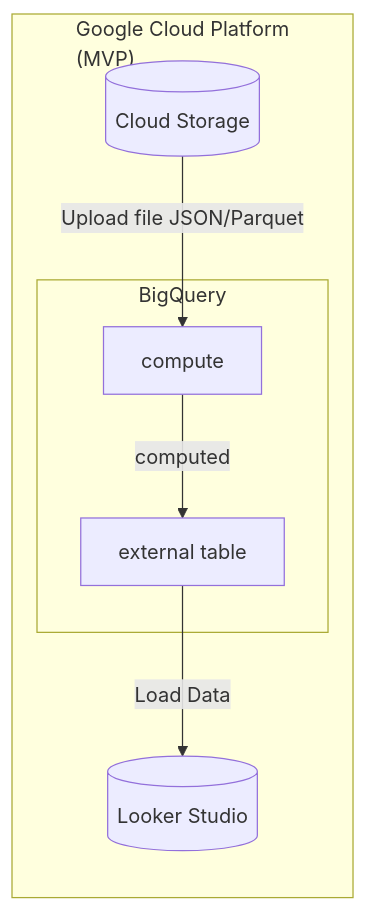
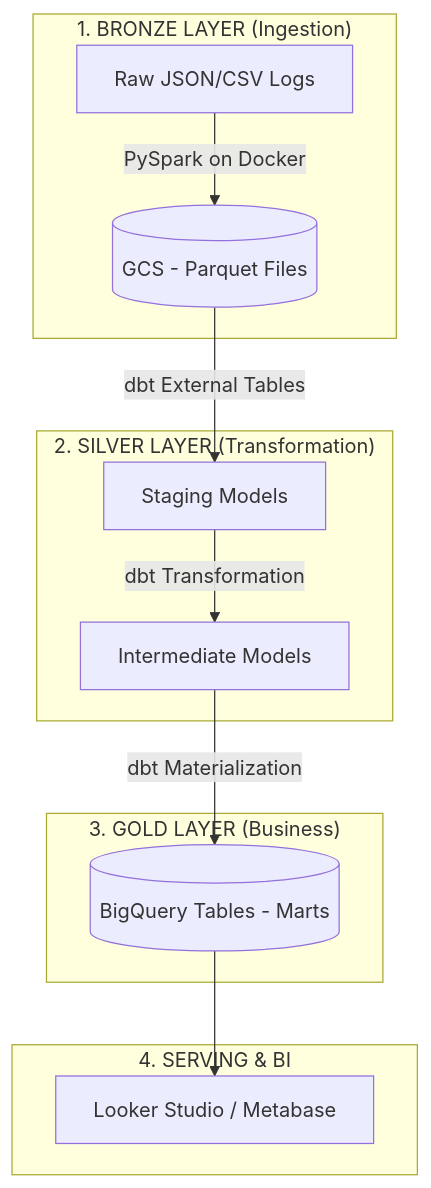
The diagram in README.md (hoangf384/Bigdata), drawn with Mermaid before and after one commit. The commit also changed other lines of this file, not shown here.

````diff
--- a/README.md
+++ b/README.md
@@ -62,18 +23,21 @@
 ```mermaid
-graph LR
-    subgraph "Google Cloud Platform <br/>(MVP)"
-        A[(Cloud Storage)]
-        subgraph "BigQuery"
-            B["compute"]
-            C["external table"]
-        end
-        D[(Looker Studio)]
+graph TD
+    subgraph "1. BRONZE LAYER (Ingestion)"
+        A[Raw JSON/CSV Logs] -->|PySpark on Docker| B[(GCS - Parquet Files)]
     end
 
-    subgraph "BigQuery"
+    subgraph "2. SILVER LAYER (Transformation)"
+        B -->|dbt External Tables| C[Staging Models]
+        C -->|dbt Transformation| D[Intermediate Models]
+    end
 
+    subgraph "3. GOLD LAYER (Business)"
+        D -->|dbt Materialization| E[(BigQuery Tables - Marts)]
     end
-    A -->|Upload file JSON/Parquet| B
-    B -->|computed| C
-    C -->|Load Data| D
+
+    subgraph "4. SERVING & BI"
+        E --> F[Looker Studio / Metabase]
+    end
+
+
 ```
````
